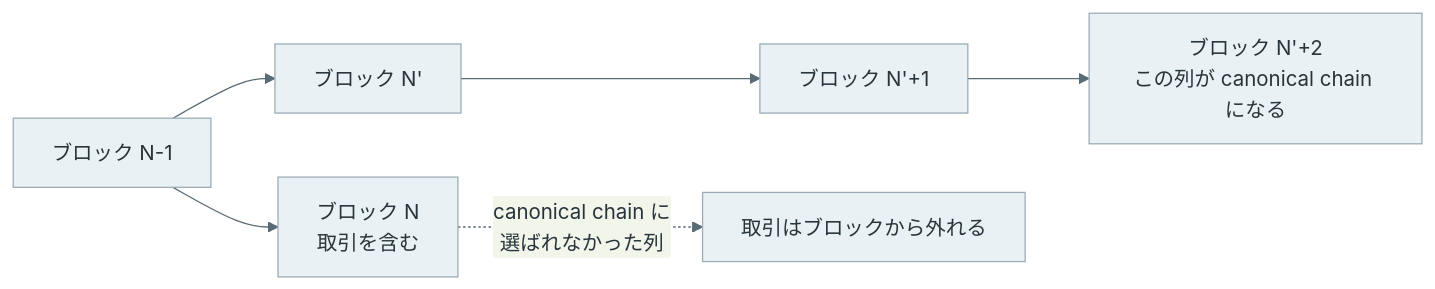
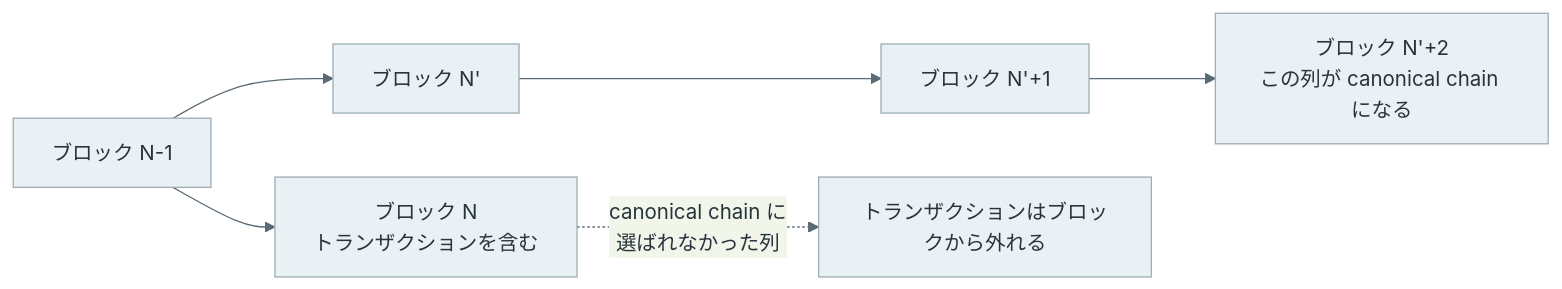
One commit to nao1215/debimate changed the second of 8 diagrams in content/notes/blockchain-systems/finality/index.md. Above: the diagram before and after it, drawn with Mermaid. The commit also changed other lines of this file and 129 other files, not shown here.

````diff
--- a/content/notes/blockchain-systems/finality/index.md
+++ b/content/notes/blockchain-systems/finality/index.md
@@ -50,10 +50,10 @@
 ```mermaid
 %%{init: {"theme":"base","themeVariables":{"primaryColor":"#eaf1f5","primaryTextColor":"#28343b","primaryBorderColor":"#9cabb5","lineColor":"#596b76","textColor":"#28343b","actorBkg":"#eaf1f5","actorBorder":"#9cabb5","actorTextColor":"#28343b","actorLineColor":"#9cabb5","signalColor":"#596b76","signalTextColor":"#28343b","noteBkgColor":"#f7f1e5","noteBorderColor":"#c5b99b","noteTextColor":"#403c32","activationBkgColor":"#edf3ef","activationBorderColor":"#9aafa1"}}}%%
 flowchart LR
-    A["ブロック N-1"] --> B["ブロック N<br/>取引を含む"]
+    A["ブロック N-1"] --> B["ブロック N<br/>トランザクションを含む"]
     A --> C["ブロック N'"]
     C --> D["ブロック N'+1"]
     D --> E["ブロック N'+2<br/>この列が canonical chain になる"]
-    B -.->|"canonical chain に<br/>選ばれなかった列"| Z["取引はブロックから外れる"]
+    B -.->|"canonical chain に<br/>選ばれなかった列"| Z["トランザクションはブロックから外れる"]
     classDef default fill:#eaf1f5,stroke:#9cabb5,color:#28343b;
 ```
````
